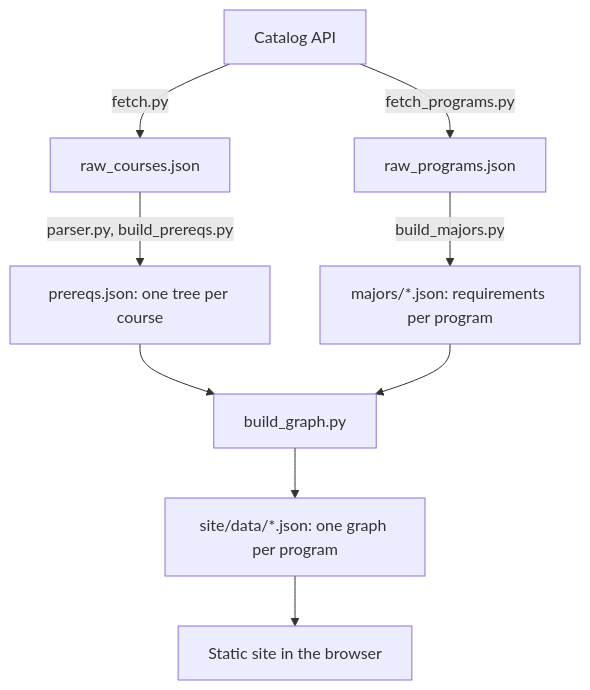
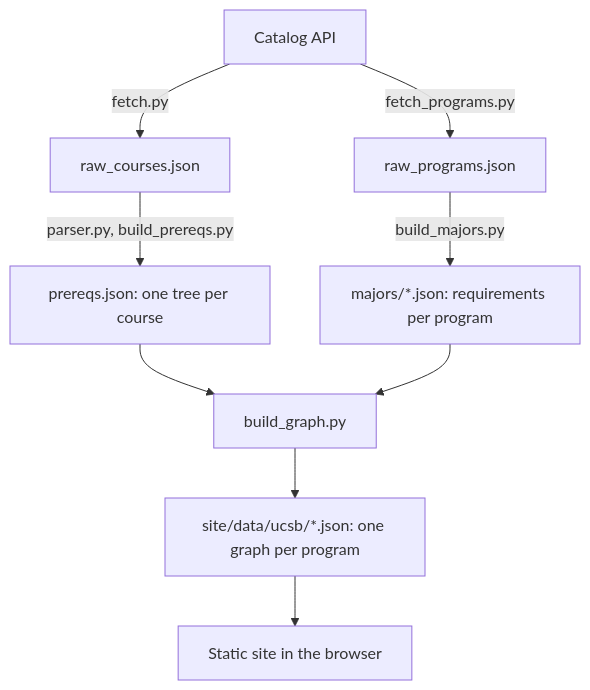
The diagram in DESIGN.md (andrew-hanzhou-li/ucsb-prereq-map), drawn with Mermaid before and after one commit. The commit also changed other lines of this file and 206 other files, not shown here.

First line of the commit message:
Make the site campus-aware, with UCSB under ucsb/

````diff
--- a/DESIGN.md
+++ b/DESIGN.md
@@ -21,11 +21,11 @@
 ```mermaid
 flowchart TD
   A[Catalog API] -->|fetch.py| B[raw_courses.json]
   A -->|fetch_programs.py| C[raw_programs.json]
   B -->|parser.py, build_prereqs.py| D[prereqs.json: one tree per course]
   C -->|build_majors.py| E[majors/*.json: requirements per program]
   D --> F[build_graph.py]
   E --> F
-  F --> G[site/data/*.json: one graph per program]
+  F --> G[site/data/ucsb/*.json: one graph per program]
   G --> H[Static site in the browser]
 ```
````
